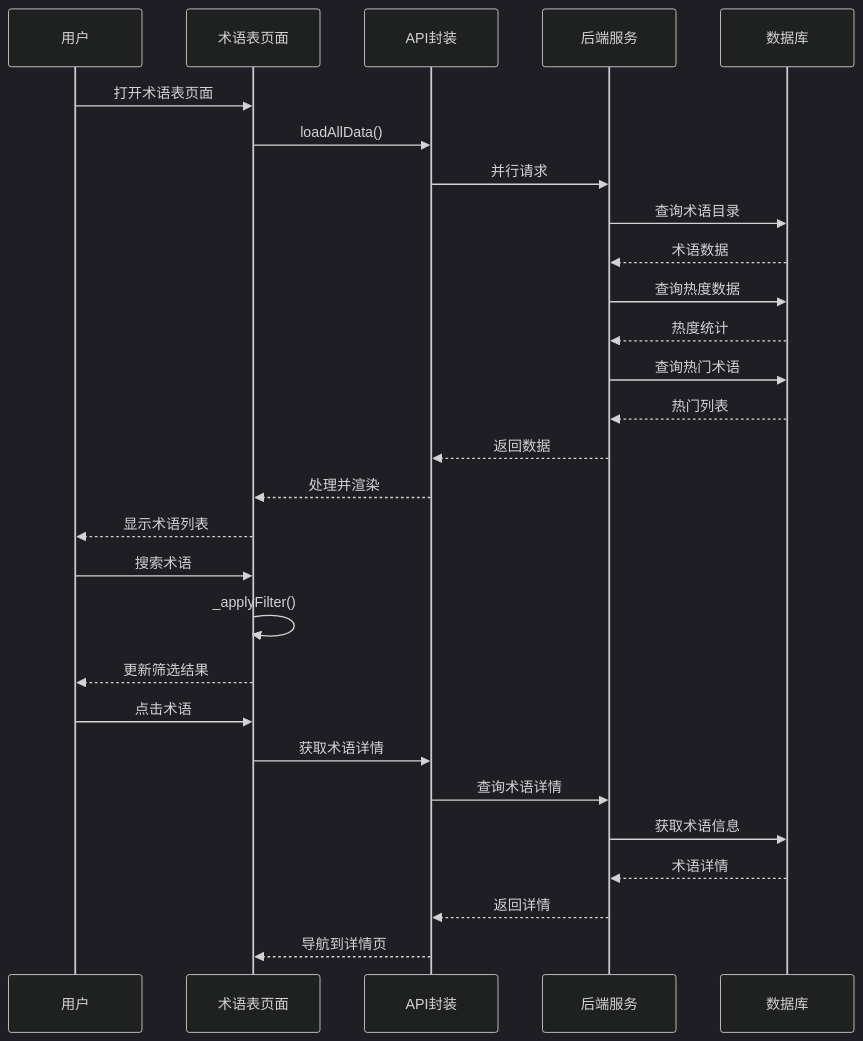
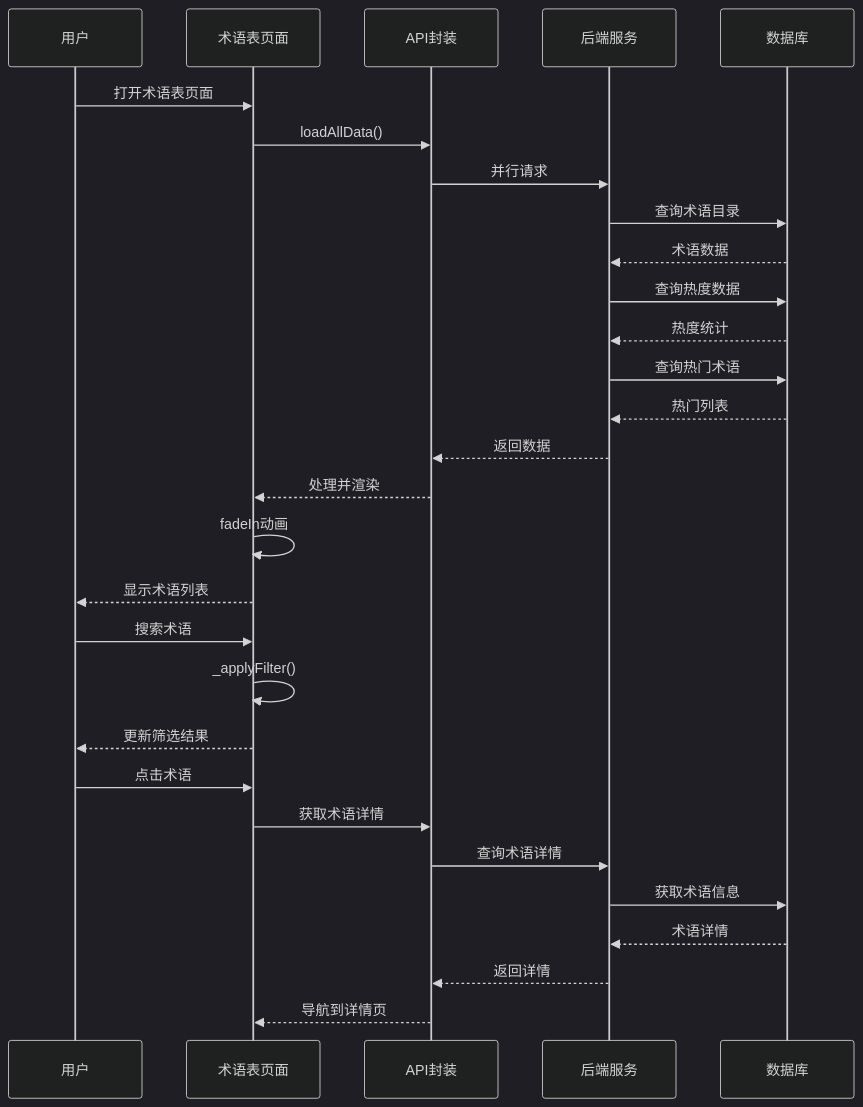
Before and after one commit to jianai0330/Fast-F1: the second of 6 diagrams in .qoder/repowiki/zh/content/微信小程序前端/核心页面功能/术语表页面.md, drawn with Mermaid (dark theme). The commit also changed other lines of this file and 22 other files, not shown here.

````diff
--- a/.qoder/repowiki/zh/content/微信小程序前端/核心页面功能/术语表页面.md
+++ b/.qoder/repowiki/zh/content/微信小程序前端/核心页面功能/术语表页面.md
@@ -97,30 +107,31 @@
 ```mermaid
 sequenceDiagram
 participant User as 用户
 participant Page as 术语表页面
 participant API as API封装
 participant Backend as 后端服务
 participant DB as 数据库
 User->>Page : 打开术语表页面
 Page->>API : loadAllData()
 API->>Backend : 并行请求
 Backend->>DB : 查询术语目录
 DB-->>Backend : 术语数据
 Backend->>DB : 查询热度数据
 DB-->>Backend : 热度统计
 Backend->>DB : 查询热门术语
 DB-->>Backend : 热门列表
 Backend-->>API : 返回数据
 API-->>Page : 处理并渲染
+Page->>Page : fadeIn动画
 Page-->>User : 显示术语列表
 User->>Page : 搜索术语
 Page->>Page : _applyFilter()
 Page-->>User : 更新筛选结果
 User->>Page : 点击术语
 Page->>API : 获取术语详情
 API->>Backend : 查询术语详情
 Backend->>DB : 获取术语信息
 DB-->>Backend : 术语详情
 Backend-->>API : 返回详情
 API-->>Page : 导航到详情页
 ```
````
